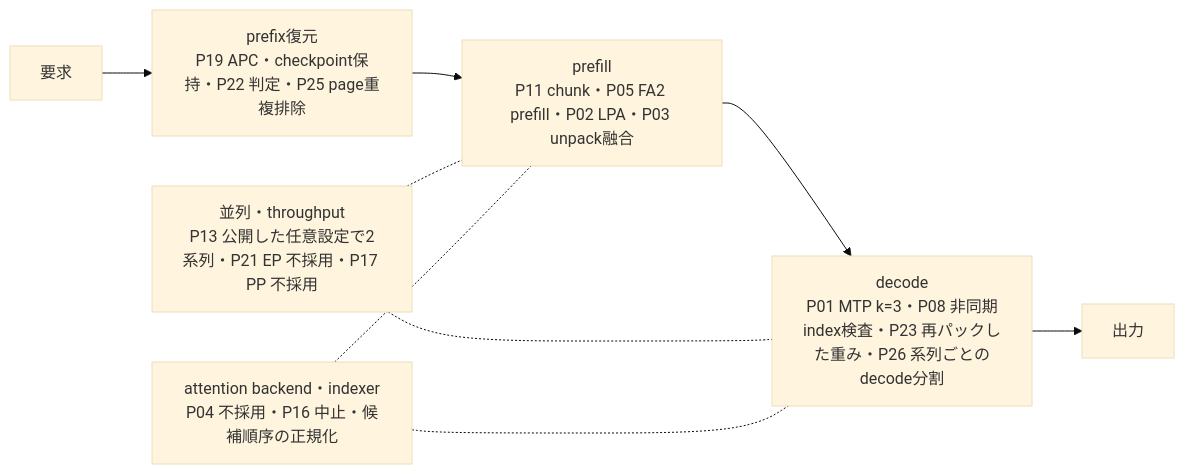
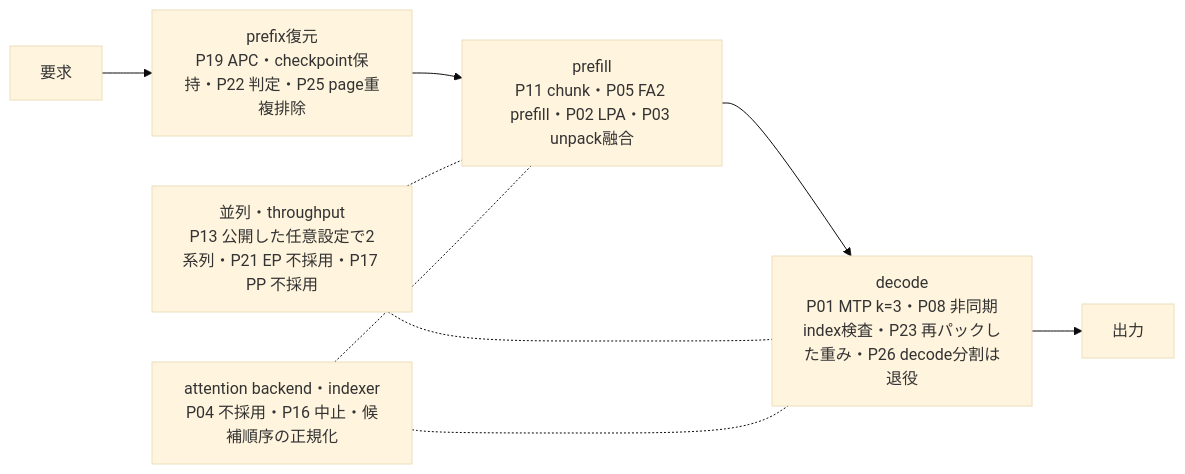
One commit to Bizuayeu/GLM-5.3-Flash-NVFP4-2x-DGX-Sparks-BIZ changed the diagram in docs/optimization-overview.ja.md. Above: the diagram before and after it, drawn with Mermaid (base theme). The commit also changed other lines of this file and 15 other files, not shown here.

````diff
--- a/docs/optimization-overview.ja.md
+++ b/docs/optimization-overview.ja.md
@@ -13,11 +13,11 @@
 ```mermaid
 flowchart LR
     R[要求] --> A[prefix復元<br/>P19 APC・checkpoint保持・P22 判定・P25 page重複排除]
     A --> P[prefill<br/>P11 chunk・P05 FA2 prefill・P02 LPA・P03 unpack融合]
-    P --> D[decode<br/>P01 MTP k=3・P08 非同期index検査・P23 再パックした重み・P26 系列ごとのdecode分割]
+    P --> D[decode<br/>P01 MTP k=3・P08 非同期index検査・P23 再パックした重み・P26 decode分割は退役]
     D --> O[出力]
     S[並列・throughput<br/>P13 公開した任意設定で2系列・P21 EP 不採用・P17 PP 不採用] -.- P
     S -.- D
     B[attention backend・indexer<br/>P04 不採用・P16 中止・候補順序の正規化] -.- P
     B -.- D
 ```
````
